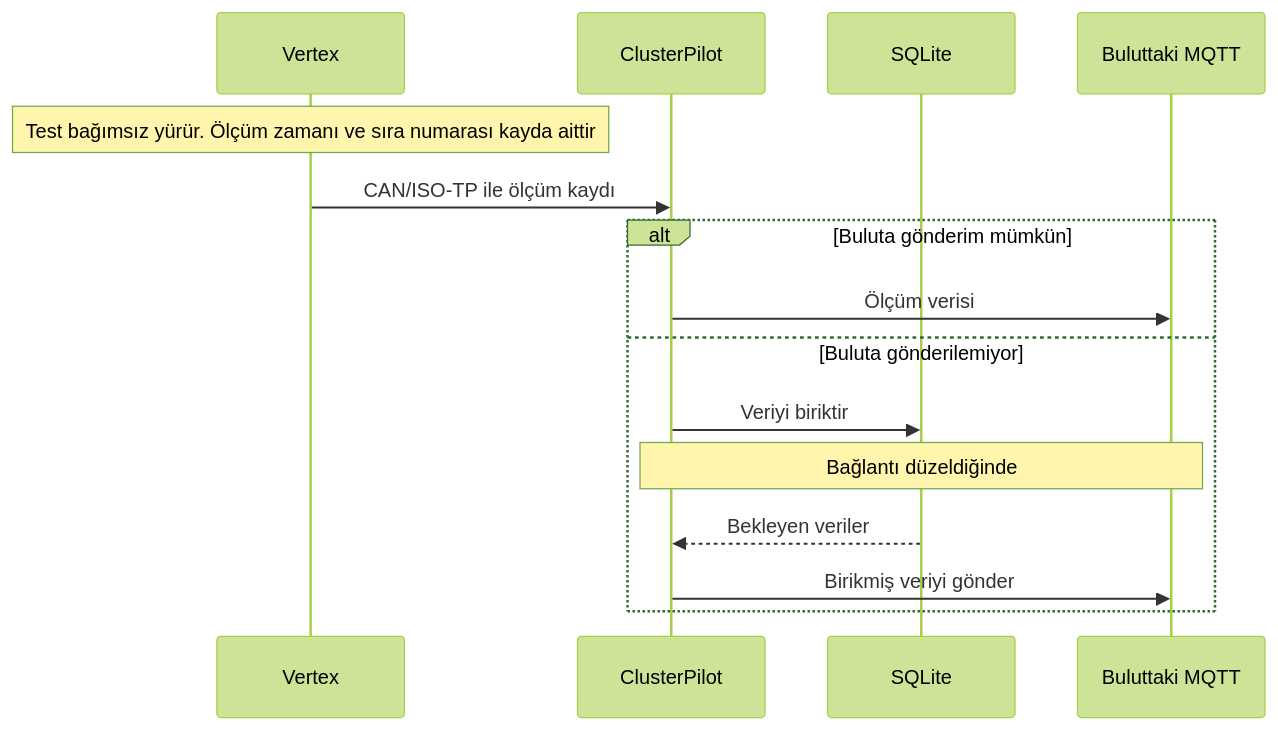
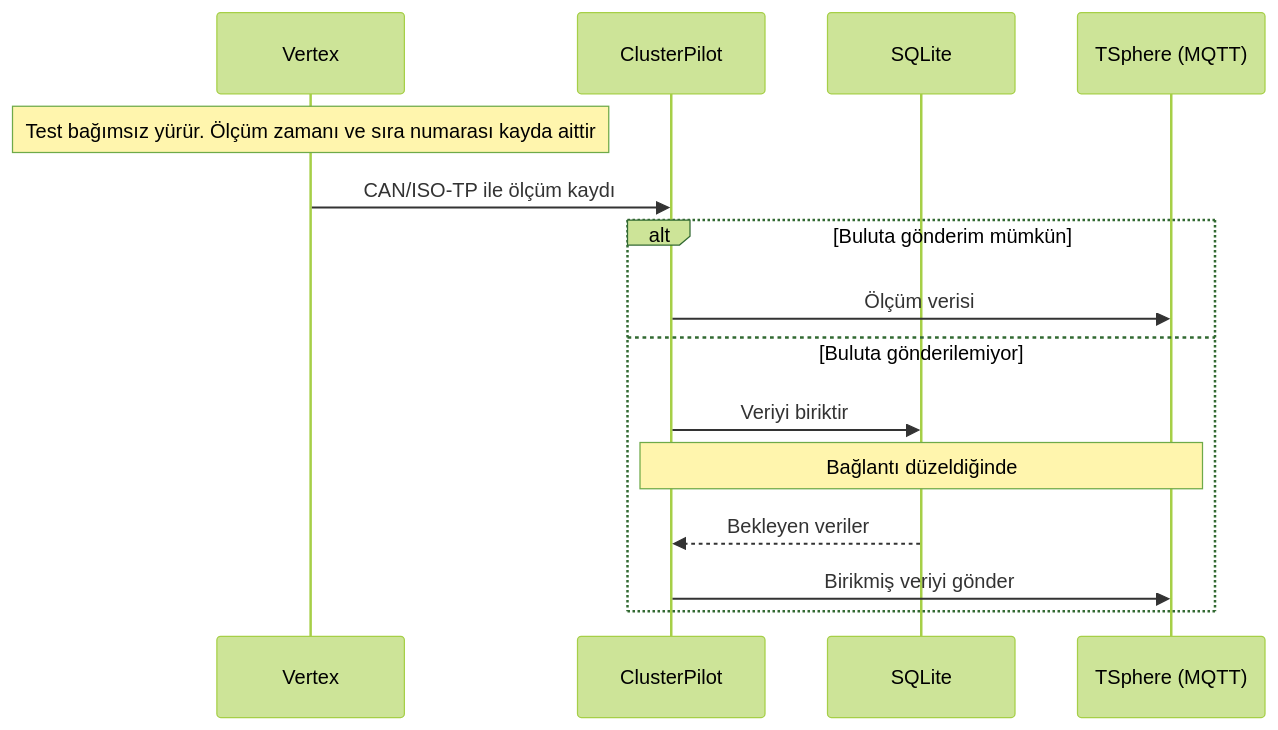
Before and after one commit to mkadayifci/tronloop-defteri-kebir: the first of 3 diagrams in docs/03-software/communication-notes.md, drawn with Mermaid (forest theme). The commit also changed other lines of this file and 15 other files, not shown here.

````diff
--- a/docs/03-software/communication-notes.md
+++ b/docs/03-software/communication-notes.md
@@ -42,17 +50,17 @@
 ```mermaid
 sequenceDiagram
     participant V as Vertex
     participant C as ClusterPilot
     participant S as SQLite
-    participant M as Buluttaki MQTT
+    participant M as TSphere (MQTT)
     Note over V: Test bağımsız yürür. Ölçüm zamanı ve sıra numarası kayda aittir
     V->>C: CAN/ISO-TP ile ölçüm kaydı
     alt Buluta gönderim mümkün
         C->>M: Ölçüm verisi
     else Buluta gönderilemiyor
         C->>S: Veriyi biriktir
         Note over C,M: Bağlantı düzeldiğinde
         S-->>C: Bekleyen veriler
         C->>M: Birikmiş veriyi gönder
     end
 ```
````
